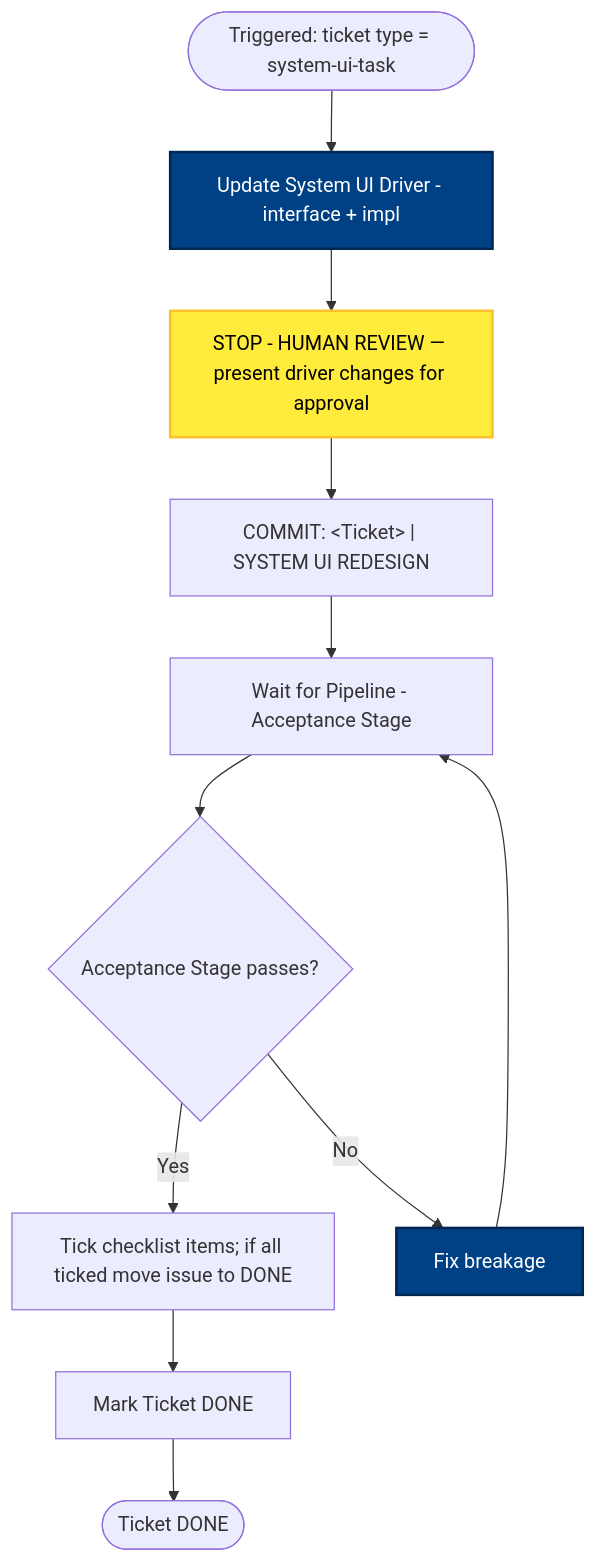
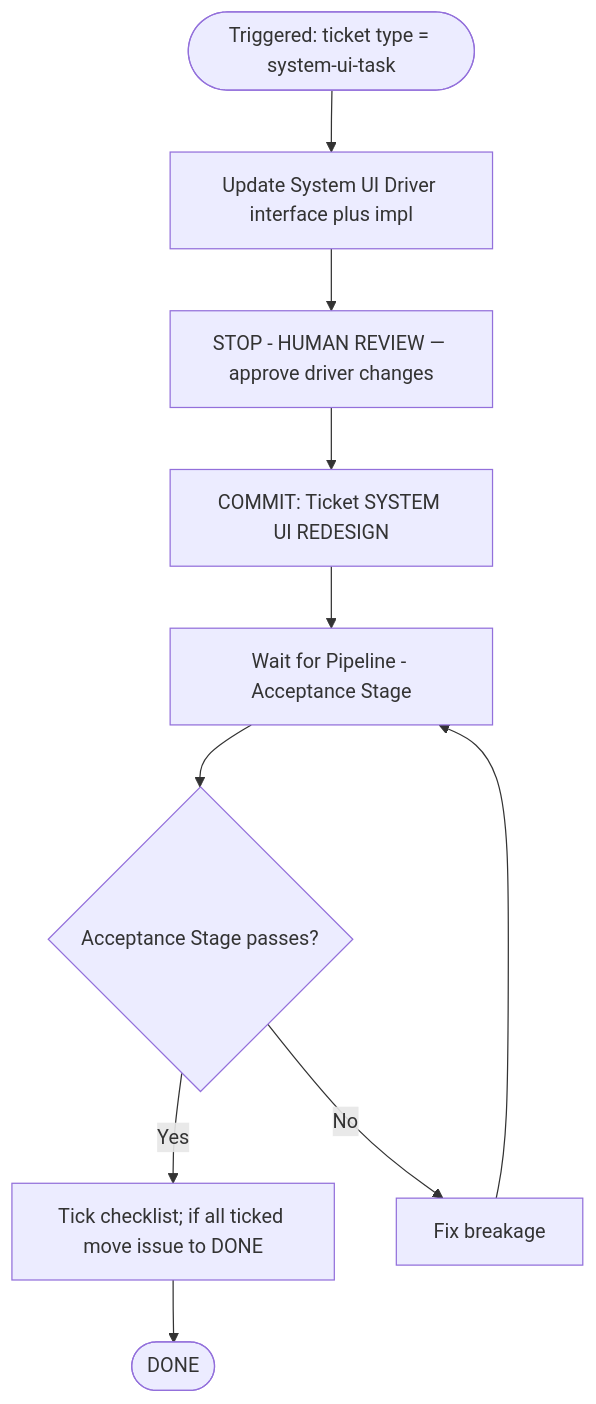
Before and after one commit to optivem/starter: the seventh of 10 diagrams in docs/atdd/process/process-diagram.md, drawn with Mermaid. The commit also changed other lines of this file and 1 other file, not shown here.

First line of the commit message:
Regenerate process diagrams after AT/CT phase doc split

````diff
--- a/docs/atdd/process/process-diagram.md
+++ b/docs/atdd/process/process-diagram.md
@@ -153,29 +234,22 @@
 ```mermaid
 flowchart TD
-    TRIGGER([Triggered: ticket type = system-ui-task])
-    UPDATE_DRIVER[Update System UI Driver - interface + impl]
-    STOP_REVIEW[STOP - HUMAN REVIEW — present driver changes for approval]
-    COMMIT["COMMIT: &lt;Ticket&gt; | SYSTEM UI REDESIGN"]
-    WAIT_PIPELINE[Wait for Pipeline - Acceptance Stage]
-    PIPELINE_PASS{Acceptance Stage passes?}
+    START([Triggered: ticket type = system-ui-task])
+    UPDATE[Update System UI Driver interface plus impl]
+    STOP_REVIEW[STOP - HUMAN REVIEW — approve driver changes]
+    COMMIT[COMMIT: Ticket SYSTEM UI REDESIGN]
+    WAIT[Wait for Pipeline - Acceptance Stage]
+    PASS{Acceptance Stage passes?}
     FIX[Fix breakage]
-    TICK_CHECKLIST[Tick checklist items; if all ticked move issue to DONE]
-    MARK_DONE[Mark Ticket DONE]
-    DONE([Ticket DONE])
+    TICK[Tick checklist; if all ticked move issue to DONE]
+    DONE([DONE])
 
-    TRIGGER --> UPDATE_DRIVER
-    UPDATE_DRIVER --> STOP_REVIEW
+    START --> UPDATE
+    UPDATE --> STOP_REVIEW
     STOP_REVIEW --> COMMIT
-    COMMIT --> WAIT_PIPELINE
-    WAIT_PIPELINE --> PIPELINE_PASS
-    PIPELINE_PASS -->|Yes| TICK_CHECKLIST
-    TICK_CHECKLIST --> MARK_DONE
-    PIPELINE_PASS -->|No| FIX
-    MARK_DONE --> DONE
-    FIX --> WAIT_PIPELINE
-
-    classDef effortNode fill:#004085,stroke:#002752,stroke-width:2px,color:#fff
-    class UPDATE_DRIVER,FIX effortNode
-    classDef humanReviewNode fill:#ffeb3b,stroke:#fbc02d,stroke-width:2px,color:#000
-    class STOP_REVIEW humanReviewNode
+    COMMIT --> WAIT
+    WAIT --> PASS
+    PASS -->|Yes| TICK
+    TICK --> DONE
+    PASS -->|No| FIX
+    FIX --> WAIT
 ```
````
